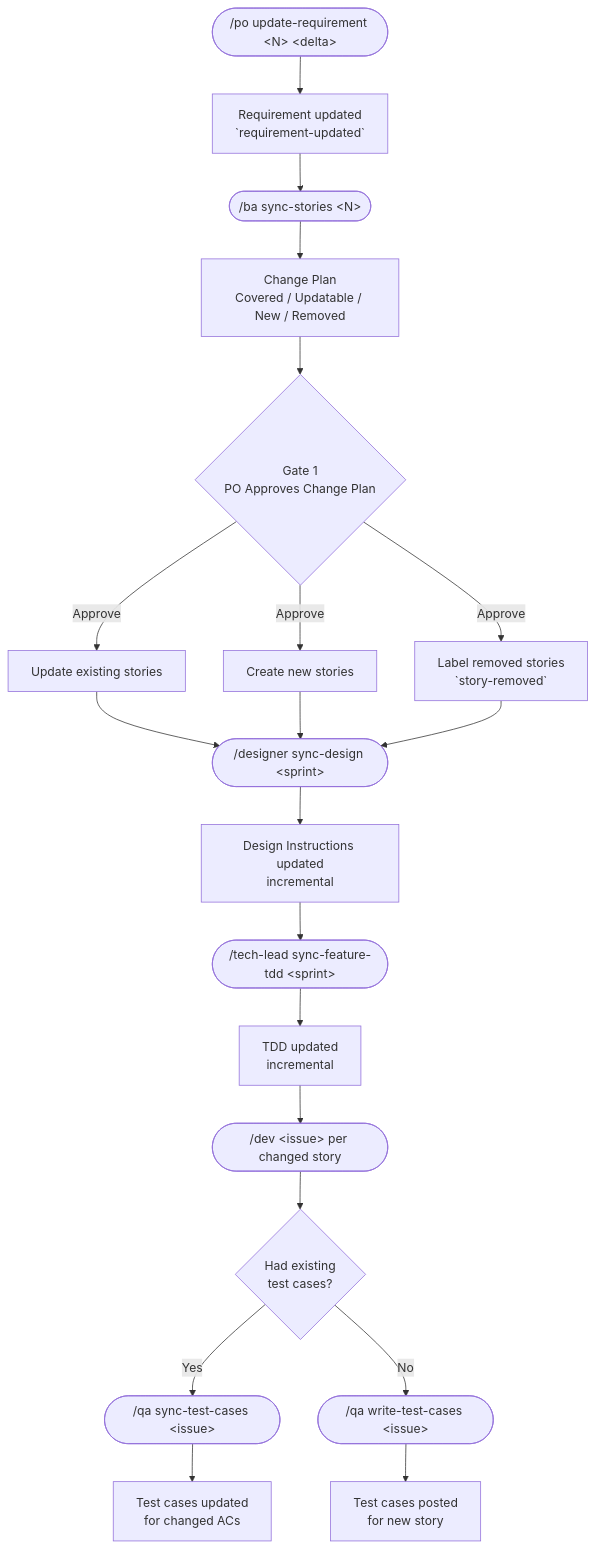
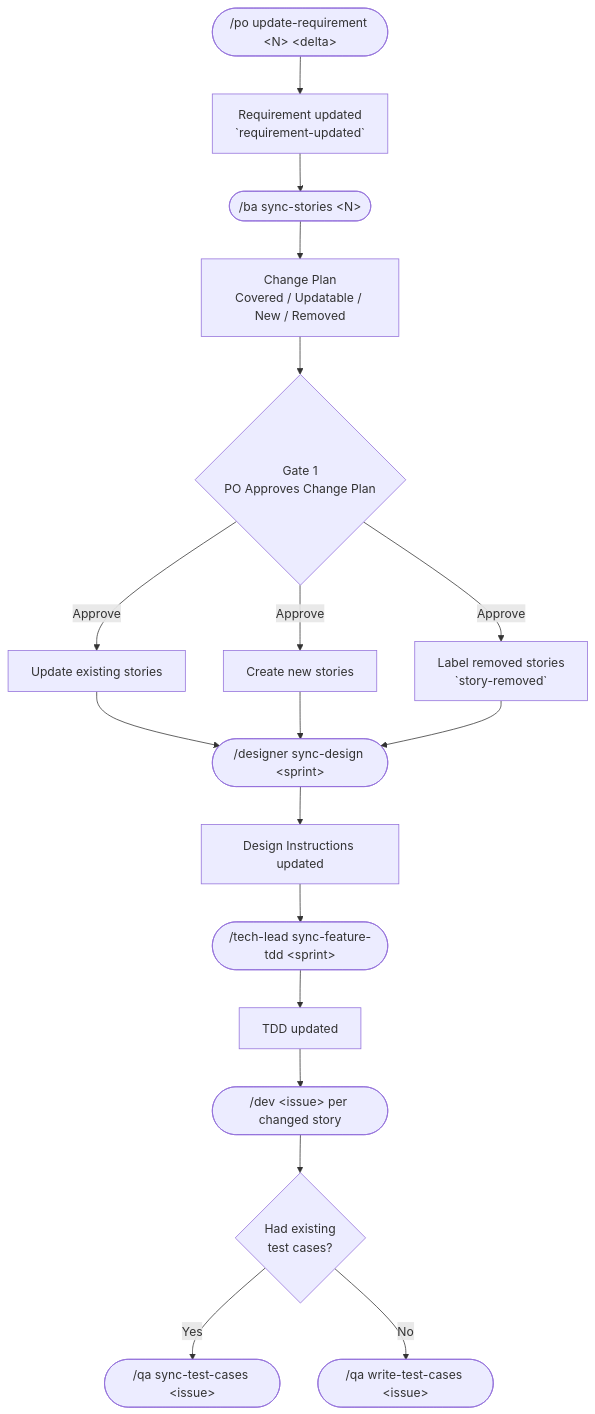
Before and after one commit to simpscal/notism: the fourth of 6 diagrams in README.md, drawn with Mermaid. The commit also changed other lines of this file and 2 other files, not shown here.

First line of the commit message:
docs(readme): restructure for clarity, add orchestrator architecture diagrams

````diff
--- a/README.md
+++ b/README.md
@@ -106,20 +222,18 @@
 ```mermaid
 flowchart TD
     A(["/po update-requirement &lt;N&gt; &lt;delta&gt;"]) --> B["Requirement updated\n`requirement-updated`"]
     B --> C(["/ba sync-stories &lt;N&gt;"])
     C --> D["Change Plan\nCovered / Updatable / New / Removed"]
     D --> G1{Gate 1\nPO Approves Change Plan}
     G1 -->|Approve| E1["Update existing stories"]
     G1 -->|Approve| E2["Create new stories"]
     G1 -->|Approve| E3["Label removed stories\n`story-removed`"]
     E1 & E2 & E3 --> F1(["/designer sync-design &lt;sprint&gt;"])
-    F1 --> F2["Design Instructions updated\nincremental"]
+    F1 --> F2["Design Instructions updated"]
     F2 --> F3(["/tech-lead sync-feature-tdd &lt;sprint&gt;"])
-    F3 --> F4["TDD updated\nincremental"]
+    F3 --> F4["TDD updated"]
     F4 --> H(["/dev &lt;issue&gt; per changed story"])
     H --> QA{Had existing\ntest cases?}
     QA -->|Yes| QAS(["/qa sync-test-cases &lt;issue&gt;"])
     QA -->|No| QAW(["/qa write-test-cases &lt;issue&gt;"])
-    QAS --> QARE["Test cases updated\nfor changed ACs"]
-    QAW --> QANEW["Test cases posted\nfor new story"]
 ```
````
